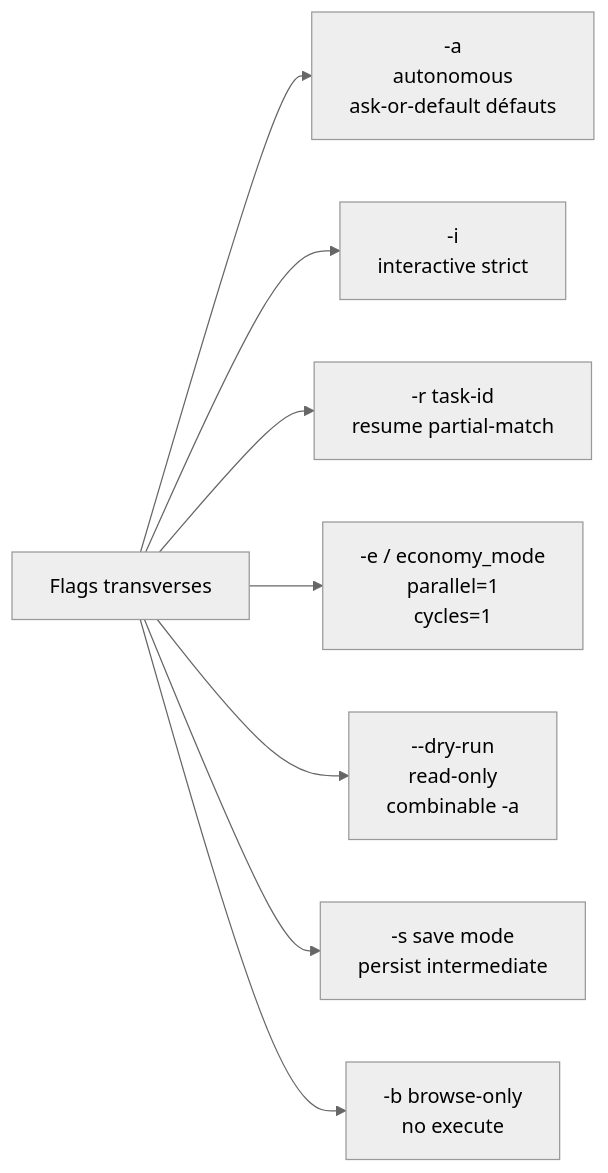
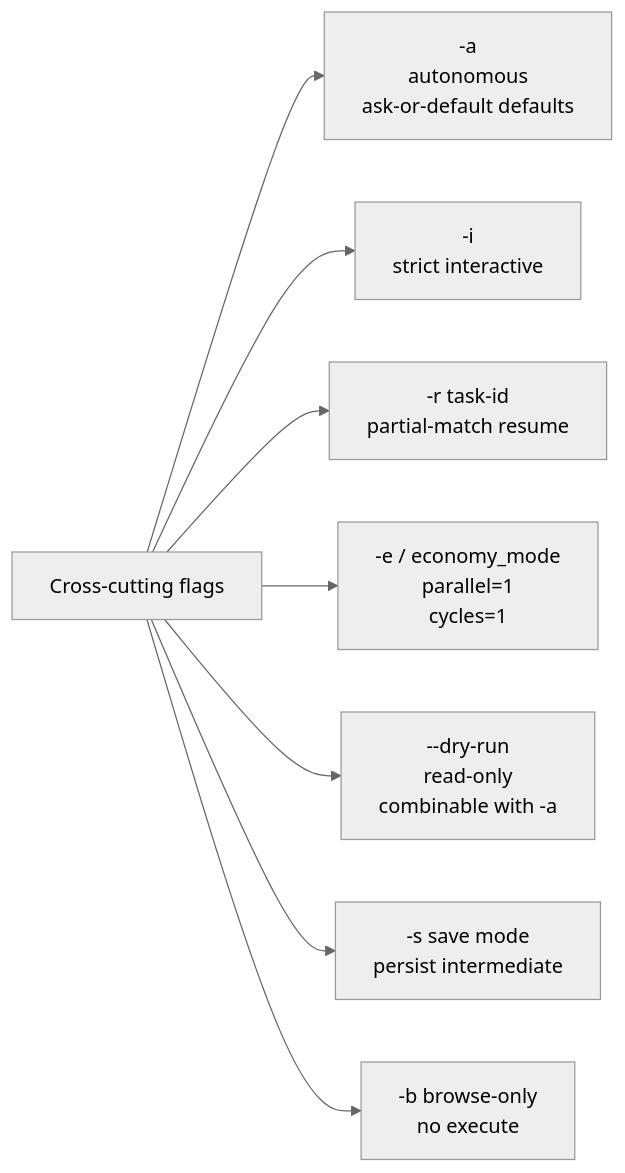
One commit to BryanBerger98/snapship-plugin changed the eighth of 10 diagrams in docs/usage/diagram.md. Above: the diagram before and after it, drawn with Mermaid (neutral theme). The commit also changed other lines of this file and 25 other files, not shown here.

````diff
--- a/docs/usage/diagram.md
+++ b/docs/usage/diagram.md
@@ -168,11 +168,11 @@
 ```mermaid
 flowchart LR
-    FLAGS[Flags transverses]
-    FLAGS --> A[-a<br/>autonomous<br/>ask-or-default défauts]
-    FLAGS --> I[-i<br/>interactive strict]
-    FLAGS --> R[-r task-id<br/>resume partial-match]
+    FLAGS[Cross-cutting flags]
+    FLAGS --> A[-a<br/>autonomous<br/>ask-or-default defaults]
+    FLAGS --> I[-i<br/>strict interactive]
+    FLAGS --> R[-r task-id<br/>partial-match resume]
     FLAGS --> E[-e / economy_mode<br/>parallel=1<br/>cycles=1]
-    FLAGS --> DR[--dry-run<br/>read-only<br/>combinable -a]
+    FLAGS --> DR[--dry-run<br/>read-only<br/>combinable with -a]
     FLAGS --> S[-s save mode<br/>persist intermediate]
     FLAGS --> B[-b browse-only<br/>no execute]
 ```
````
